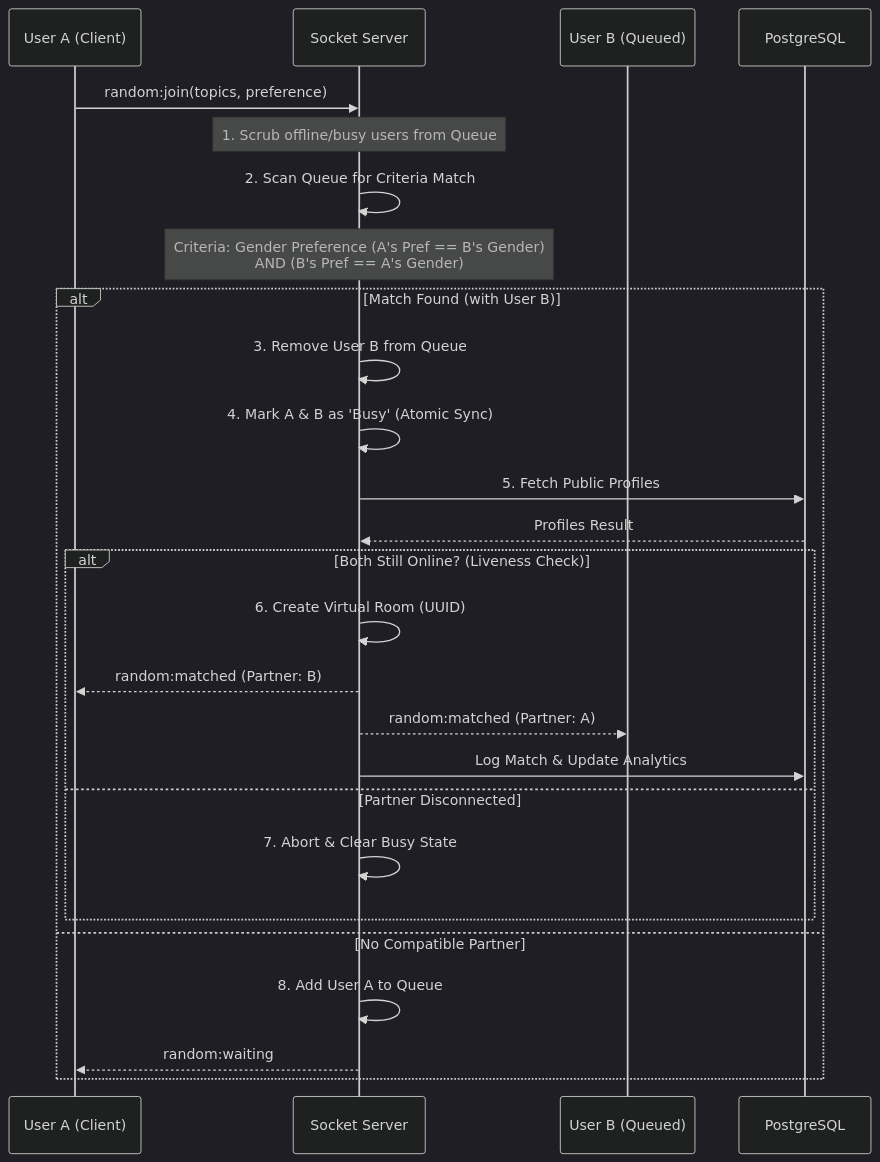
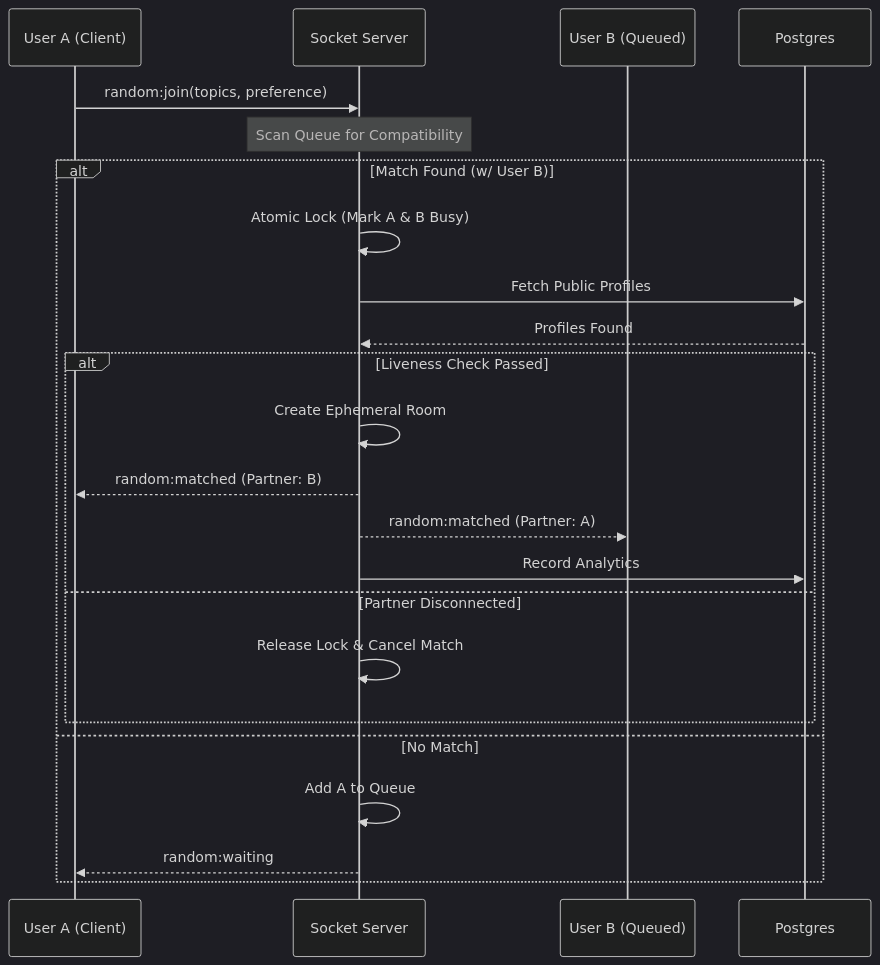
One commit to YaduEnc/MuhDikhai changed the second of 3 diagrams in README.md. Above: the diagram before and after it, drawn with Mermaid (dark theme). The commit also changed other lines of this file, not shown here.

Commit message:
Update README with detailed system architecture and Mermaid diagrams

````diff
--- a/README.md
+++ b/README.md
@@ -11,35 +44,28 @@
 ```mermaid
 sequenceDiagram
-    participant UserA as User A (Client)
-    participant Server as Socket Server
-    participant UserB as User B (Queued)
-    participant DB as PostgreSQL
+    participant A as User A (Client)
+    participant S as Socket Server
+    participant B as User B (Queued)
+    participant DB as Postgres
 
-    UserA->>Server: random:join(topics, preference)
+    A->>S: random:join(topics, preference)
+    Note over S: Scan Queue for Compatibility
     
-    Note over Server: 1. Scrub offline/busy users from Queue
-    Server->>Server: 2. Scan Queue for Criteria Match
-    
-    Note over Server: Criteria: Gender Preference (A's Pref == B's Gender) <br/> AND (B's Pref == A's Gender)
-    
-    alt Match Found (with User B)
-        Server->>Server: 3. Remove User B from Queue
-        Server->>Server: 4. Mark A & B as 'Busy' (Atomic Sync)
+    alt Match Found (w/ User B)
+        S->>S: Atomic Lock (Mark A & B Busy)
+        S->>DB: Fetch Public Profiles
+        DB-->>S: Profiles Found
         
-        Server->>DB: 5. Fetch Public Profiles
-        DB-->>Server: Profiles Result
-        
-        alt Both Still Online? (Liveness Check)
-            Server->>Server: 6. Create Virtual Room (UUID)
-            Server-->>UserA: random:matched (Partner: B)
-            Server-->>UserB: random:matched (Partner: A)
-            Server->>DB: Log Match & Update Analytics
+        alt Liveness Check Passed
+            S->>S: Create Ephemeral Room
+            S-->>A: random:matched (Partner: B)
+            S-->>B: random:matched (Partner: A)
+            S->>DB: Record Analytics
         else Partner Disconnected
-            Server->>Server: 7. Abort & Clear Busy State
+            S->>S: Release Lock & Cancel Match
         end
-        
-    else No Compatible Partner
-        Server->>Server: 8. Add User A to Queue
-        Server-->>UserA: random:waiting
+    else No Match
+        S->>S: Add A to Queue
+        S-->>A: random:waiting
     end
 ```
````
